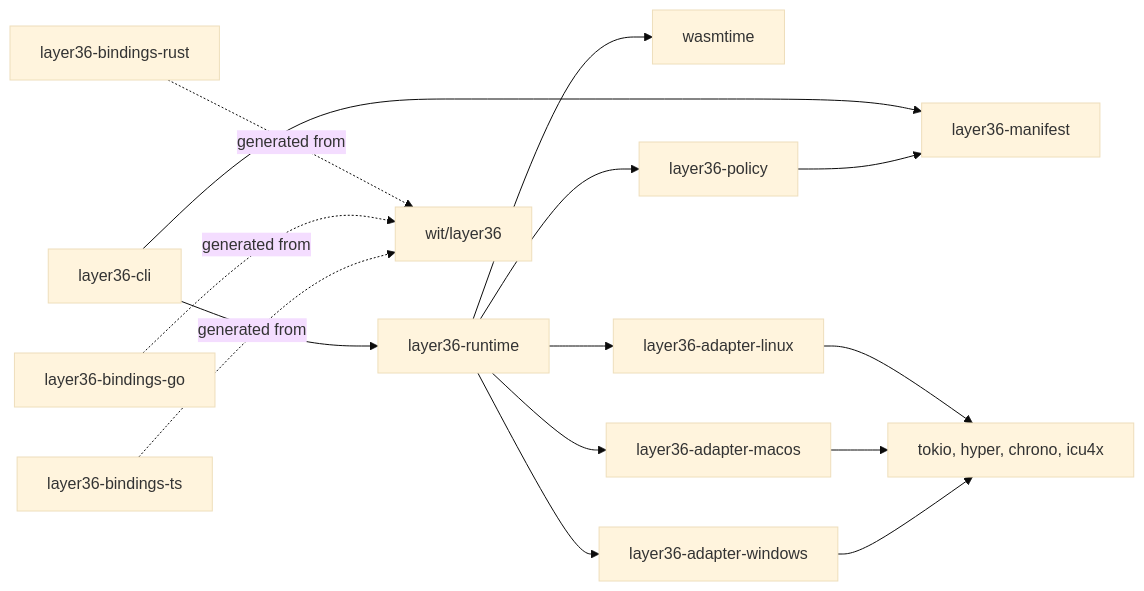
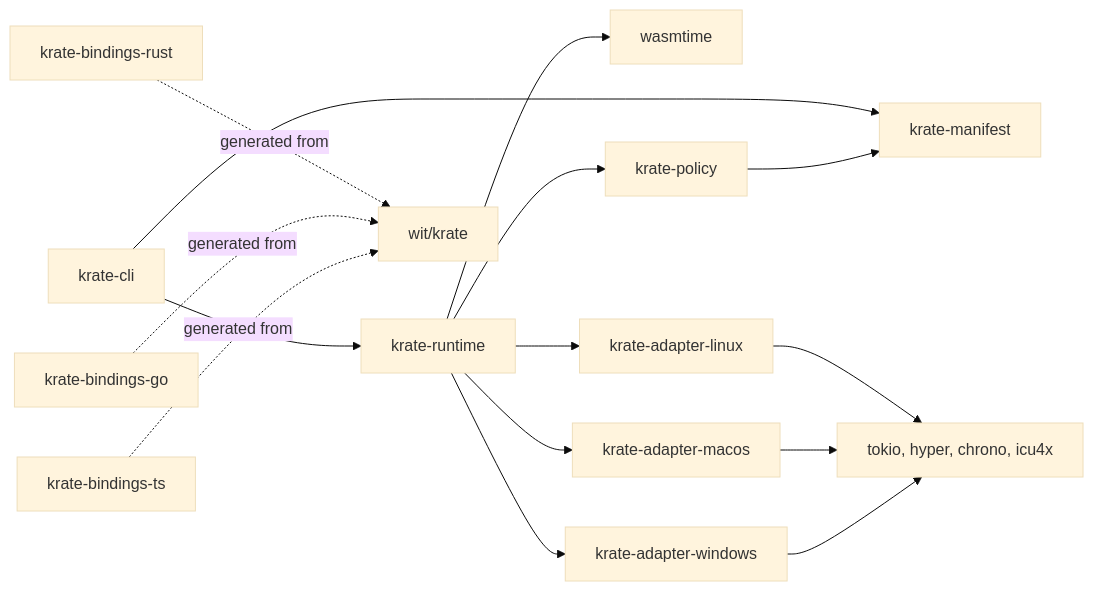
One commit to incyashraj/krate changed the fourth of 5 diagrams in Plan/Phase-2-Plan.md. Above: the diagram before and after it, drawn with Mermaid (base theme). The commit also changed other lines of this file and 342 other files, not shown here.

First line of the commit message:
feat!: rename Layer36 to Krate across the entire system (A9 Phase B)

````diff
--- a/Plan/Phase-2-Plan.md
+++ b/Plan/Phase-2-Plan.md
@@ -233,18 +233,18 @@
 ```mermaid
 flowchart LR
-    CLI[layer36-cli] --> RT[layer36-runtime]
-    CLI --> MAN[layer36-manifest]
+    CLI[krate-cli] --> RT[krate-runtime]
+    CLI --> MAN[krate-manifest]
     RT --> WT[wasmtime]
-    RT --> POL[layer36-policy]
-    RT --> AD_LINUX[layer36-adapter-linux]
-    RT --> AD_MAC[layer36-adapter-macos]
-    RT --> AD_WIN[layer36-adapter-windows]
+    RT --> POL[krate-policy]
+    RT --> AD_LINUX[krate-adapter-linux]
+    RT --> AD_MAC[krate-adapter-macos]
+    RT --> AD_WIN[krate-adapter-windows]
     AD_LINUX --> TOKIO[tokio, hyper, chrono, icu4x]
     AD_MAC --> TOKIO
     AD_WIN --> TOKIO
     POL --> MAN
 
-    BIND_RUST[layer36-bindings-rust] -.generated from.-> WIT[wit/layer36]
-    BIND_GO[layer36-bindings-go] -.generated from.-> WIT
-    BIND_TS[layer36-bindings-ts] -.generated from.-> WIT
+    BIND_RUST[krate-bindings-rust] -.generated from.-> WIT[wit/krate]
+    BIND_GO[krate-bindings-go] -.generated from.-> WIT
+    BIND_TS[krate-bindings-ts] -.generated from.-> WIT
 ```
````
